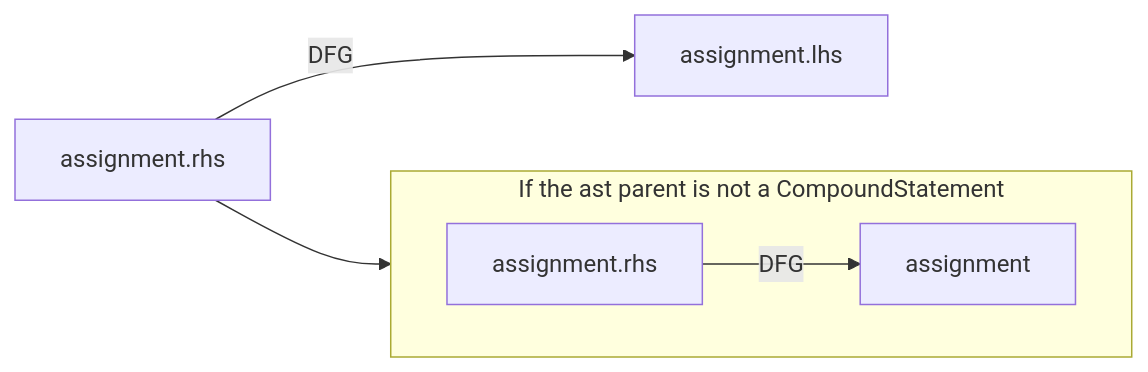
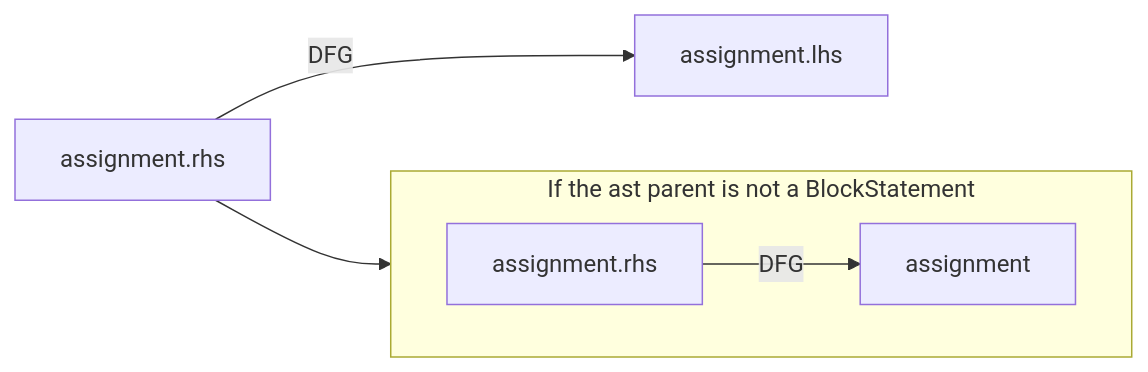
One commit to Fraunhofer-AISEC/cpg changed the sixth of 38 diagrams in docs/docs/CPG/specs/dfg.md. Above: the diagram before and after it, drawn with Mermaid. The commit also changed other lines of this file and 27 other files, not shown here.

````diff
--- a/docs/docs/CPG/specs/dfg.md
+++ b/docs/docs/CPG/specs/dfg.md
@@ -87,9 +87,9 @@
 ```mermaid
 flowchart LR
   A[assignment.rhs] -- DFG --> assignment.lhs;
-  subgraph S[If the ast parent is not a CompoundStatement]
+  subgraph S[If the ast parent is not a BlockStatement]
     direction LR
     assignment.rhs -- DFG --> assignment;
   end
   A --> S;
 ```
````
